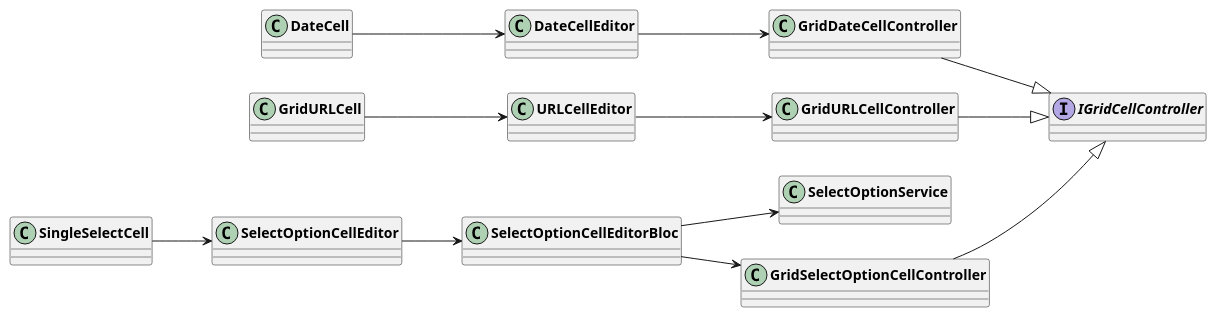
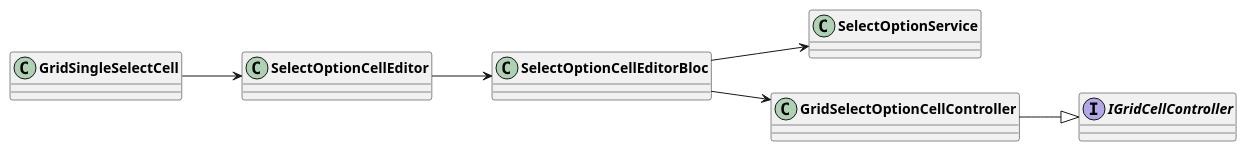
One commit to AppFlowy-IO/AppFlowy-Docs changed the second of 3 diagrams in uml/dart_classes/grid_cells.plantuml. Above: the diagram before and after it, drawn with PlantUML. The commit also changed other lines of this file and 3 other files, not shown here.

```diff
--- a/uml/dart_classes/grid_cells.plantuml
+++ b/uml/dart_classes/grid_cells.plantuml
@@ -21,31 +24,22 @@
-@startuml Grid Cell Edit
+@startuml Grid Selection Cell Edit
 skinparam classFontStyle Bold
 skinparam ActivityBackgroundColor Silver
 skinparam ActivityBorderColor DimGray
 left to right direction
 
 class SelectOptionService
 class SelectOptionCellEditorBloc
 interface IGridCellController
 
 
 'SingleSelectCell
-SingleSelectCell --> SelectOptionCellEditor
+GridSingleSelectCell --> SelectOptionCellEditor
 SelectOptionCellEditor --> SelectOptionCellEditorBloc
 
 SelectOptionCellEditorBloc --> SelectOptionService
 SelectOptionCellEditorBloc --> GridSelectOptionCellController
 GridSelectOptionCellController --|> IGridCellController
 
 
-'DateCell
-DateCell --> DateCellEditor
-DateCellEditor --> GridDateCellController
-GridDateCellController --|> IGridCellController
-
-'URLCell
-GridURLCell --> URLCellEditor
-URLCellEditor --> GridURLCellController
-GridURLCellController --|> IGridCellController
 
 @enduml
```
